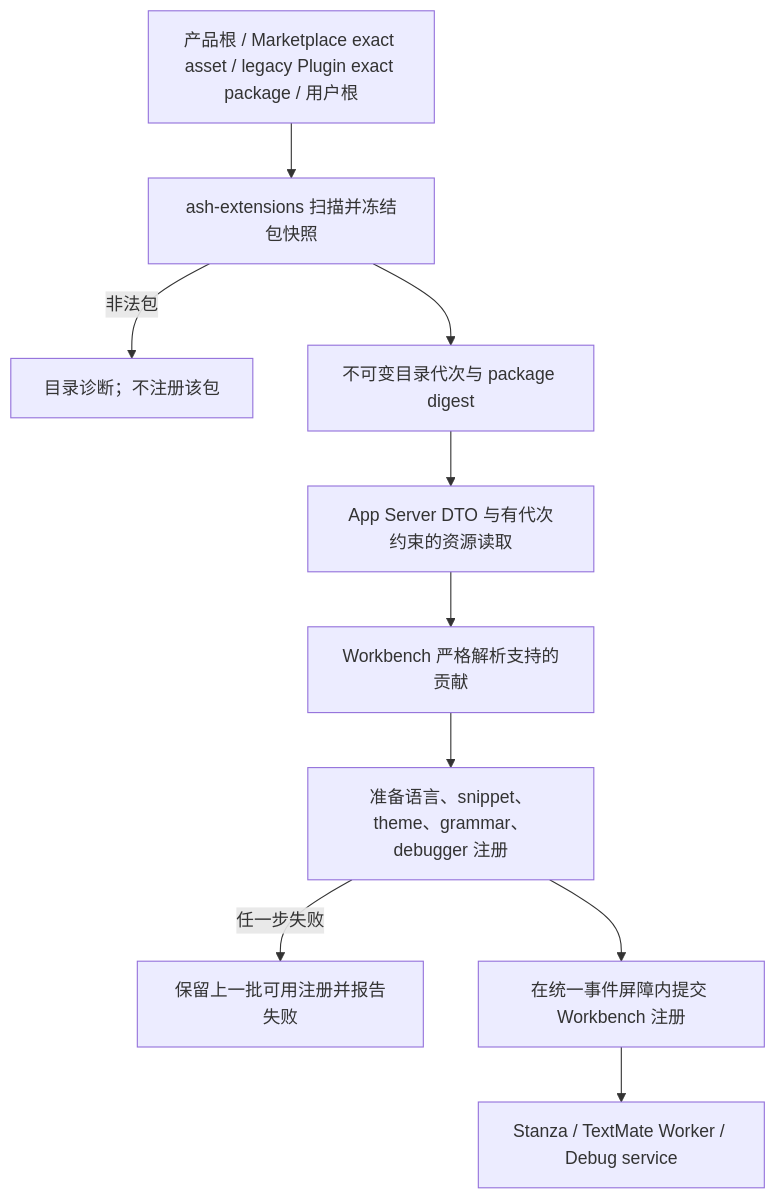
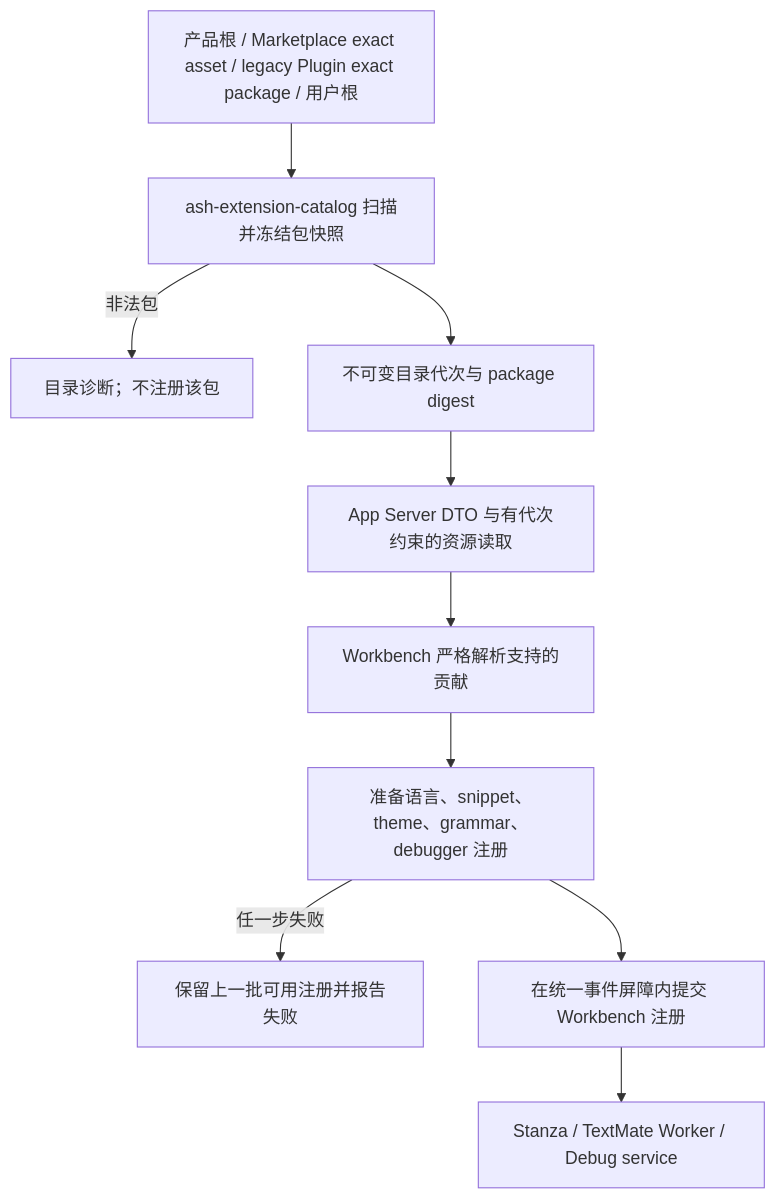
One commit to chogng/ash changed the second of 3 diagrams in docs/editor-extensions.md. Above: the diagram before and after it, drawn with Mermaid. The commit also changed other lines of this file and 356 other files, not shown here.

````diff
--- a/docs/editor-extensions.md
+++ b/docs/editor-extensions.md
@@ -68,12 +275,12 @@
 ```mermaid
 flowchart TD
-    package["产品根 / Marketplace exact asset / legacy Plugin exact package / 用户根"] --> scan["ash-extensions 扫描并冻结包快照"]
+    package["产品根 / Marketplace exact asset / legacy Plugin exact package / 用户根"] --> scan["ash-extension-catalog 扫描并冻结包快照"]
     scan -->|非法包| diagnostic["目录诊断；不注册该包"]
     scan --> catalog["不可变目录代次与 package digest"]
     catalog --> protocol["App Server DTO 与有代次约束的资源读取"]
     protocol --> parse["Workbench 严格解析支持的贡献"]
     parse --> prepare["准备语言、snippet、theme、grammar、debugger 注册"]
     prepare -->|任一步失败| previous["保留上一批可用注册并报告失败"]
     prepare --> commit["在统一事件屏障内提交 Workbench 注册"]
     commit --> consumers["Stanza / TextMate Worker / Debug service"]
 ```
````
